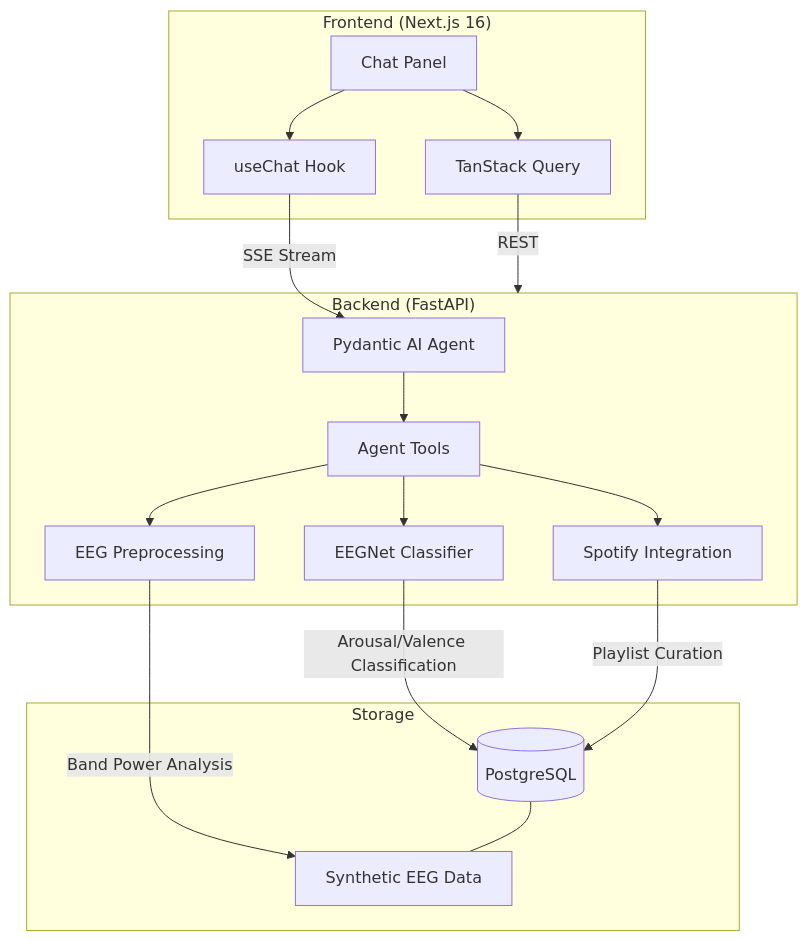
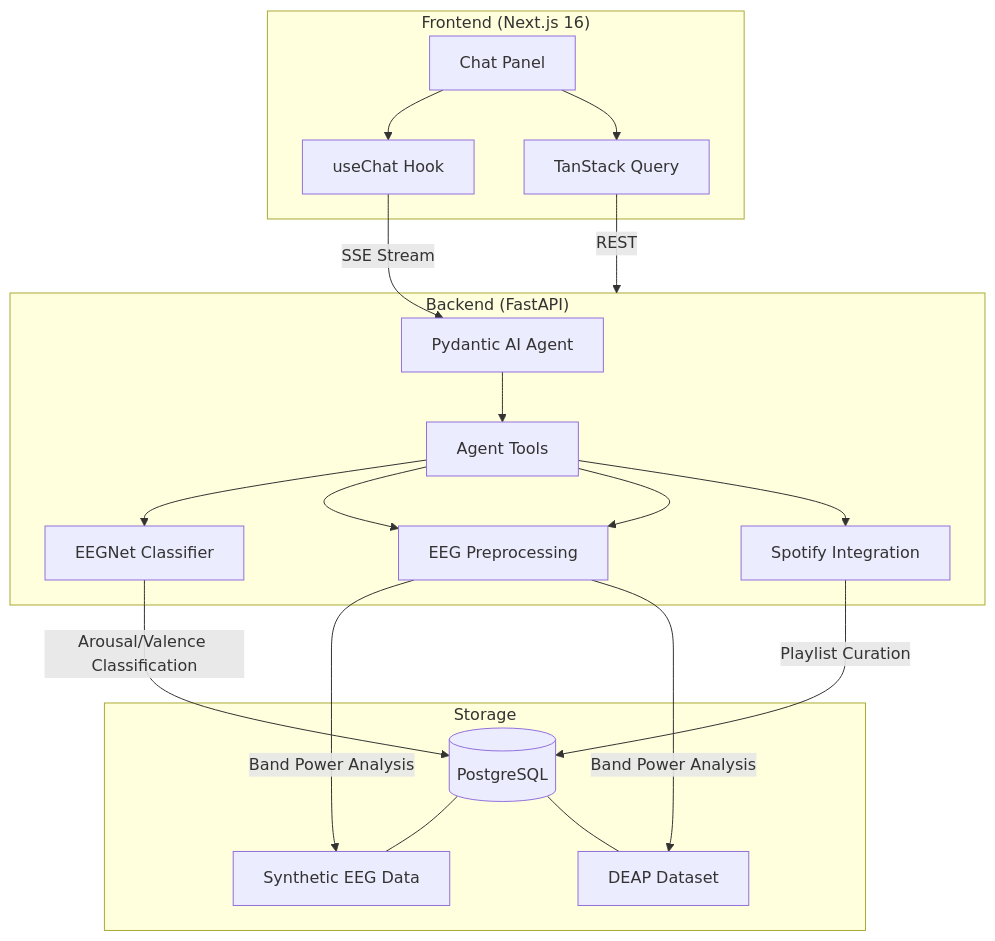
Before and after one commit to LukeMainwaring/cortexdj: the diagram in README.md, drawn with Mermaid. The commit also changed other lines of this file and 3 other files, not shown here.

````diff
--- a/README.md
+++ b/README.md
@@ -7,29 +7,32 @@
 ```mermaid
 graph TB
     subgraph Frontend ["Frontend (Next.js 16)"]
         UI[Chat Panel]
         UC[useChat Hook]
         TQ[TanStack Query]
     end
 
     subgraph Backend ["Backend (FastAPI)"]
         Agent[Pydantic AI Agent]
         Tools[Agent Tools]
         EEGNet[EEGNet Classifier]
         Preprocess[EEG Preprocessing]
         Spotify[Spotify Integration]
     end
 
     subgraph Storage ["Storage"]
         PG[(PostgreSQL)]
-        Data[Synthetic EEG Data]
+        Synth[Synthetic EEG Data]
+        DEAP[DEAP Dataset]
     end
 
     UI --> UC -->|SSE Stream| Agent
     UI --> TQ -->|REST| Backend
     Agent --> Tools
     Tools --> EEGNet -->|Arousal/Valence Classification| PG
-    Tools --> Preprocess -->|Band Power Analysis| Data
+    Tools --> Preprocess -->|Band Power Analysis| Synth
+    Tools --> Preprocess -->|Band Power Analysis| DEAP
     Tools --> Spotify -->|Playlist Curation| PG
-    PG --- Data
+    PG --- Synth
+    PG --- DEAP
 ```
````
